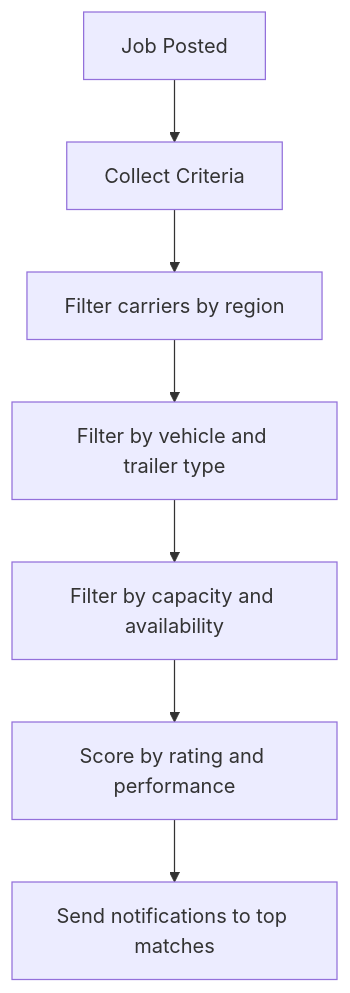
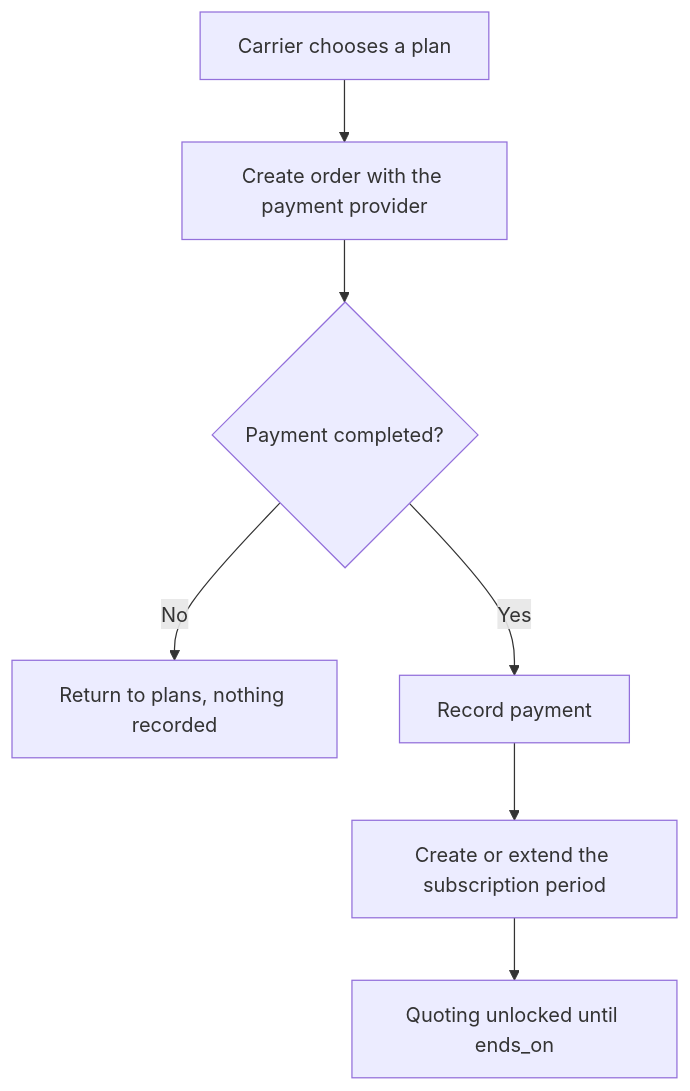
One commit to arbpra/freightmove-redesign changed the fifth of 7 diagrams in docs/07-workflows-and-diagrams.md. Above: the diagram before and after it, drawn with Mermaid. The commit also changed other lines of this file and 13 other files, not shown here.

````diff
--- a/docs/07-workflows-and-diagrams.md
+++ b/docs/07-workflows-and-diagrams.md
@@ -41,9 +87,9 @@
 ```mermaid
 flowchart TD
-    A[Job Posted] --> B[Collect Criteria]
-    B --> C[Filter carriers by region]
-    C --> D[Filter by vehicle and trailer type]
-    D --> E[Filter by capacity and availability]
-    E --> F[Score by rating and performance]
-    F --> G[Send notifications to top matches]
+    A[Carrier chooses a plan] --> B[Create order with the payment provider]
+    B --> C{Payment completed?}
+    C -->|No| D[Return to plans, nothing recorded]
+    C -->|Yes| E[Record payment]
+    E --> F[Create or extend the subscription period]
+    F --> G[Quoting unlocked until ends_on]
 ```
````
